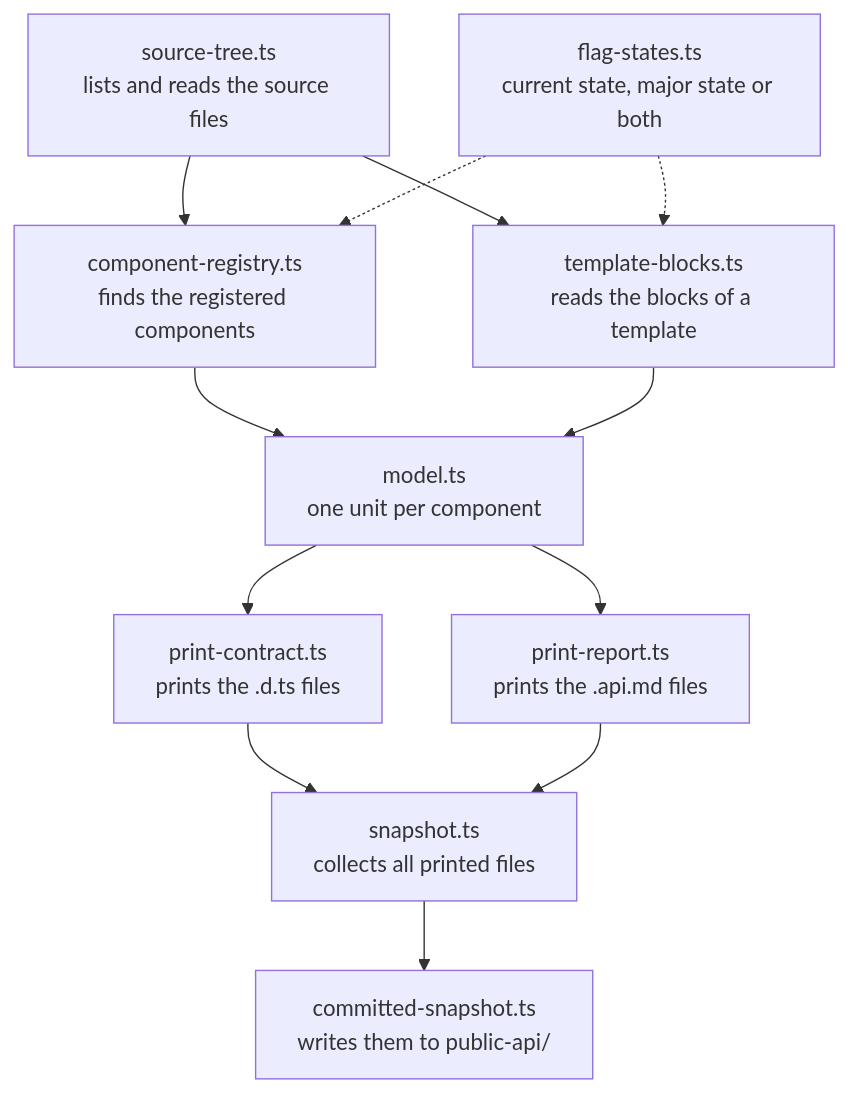
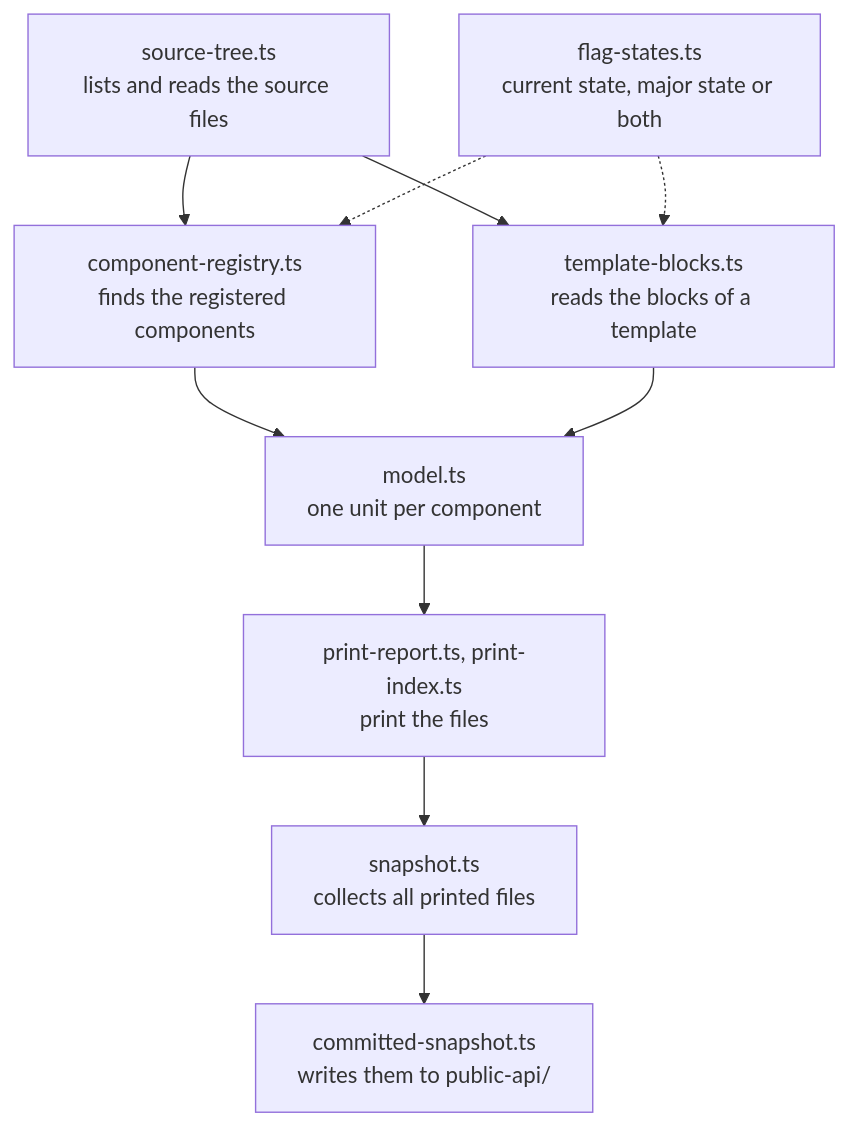
One commit to shopware/shopware changed the diagram in src/Administration/Resources/app/administration/scripts/generate-public-api/README.md. Above: the diagram before and after it, drawn with Mermaid. The commit also changed other lines of this file and 2117 other files, not shown here.

First line of the commit message:
refactor(administration): simplify the public API snapshot generator and postpone the contracts

````diff
--- a/src/Administration/Resources/app/administration/scripts/generate-public-api/README.md
+++ b/src/Administration/Resources/app/administration/scripts/generate-public-api/README.md
@@ -11,20 +12,17 @@
 ```mermaid
 flowchart TD
     tree["source-tree.ts<br/>lists and reads the source files"]
     registry["component-registry.ts<br/>finds the registered components"]
     blocks["template-blocks.ts<br/>reads the blocks of a template"]
     flags["flag-states.ts<br/>current state, major state or both"]
     model["model.ts<br/>one unit per component"]
-    contract["print-contract.ts<br/>prints the .d.ts files"]
-    report["print-report.ts<br/>prints the .api.md files"]
+    printers["print-report.ts, print-index.ts<br/>print the files"]
     snapshot["snapshot.ts<br/>collects all printed files"]
     committed["committed-snapshot.ts<br/>writes them to public-api/"]
 
     tree --> registry --> model
     tree --> blocks --> model
     flags -.-> registry
     flags -.-> blocks
-    model --> contract --> snapshot
-    model --> report --> snapshot
-    snapshot --> committed
+    model --> printers --> snapshot --> committed
 ```
````
